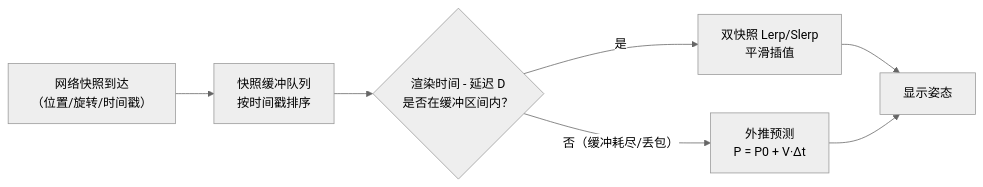
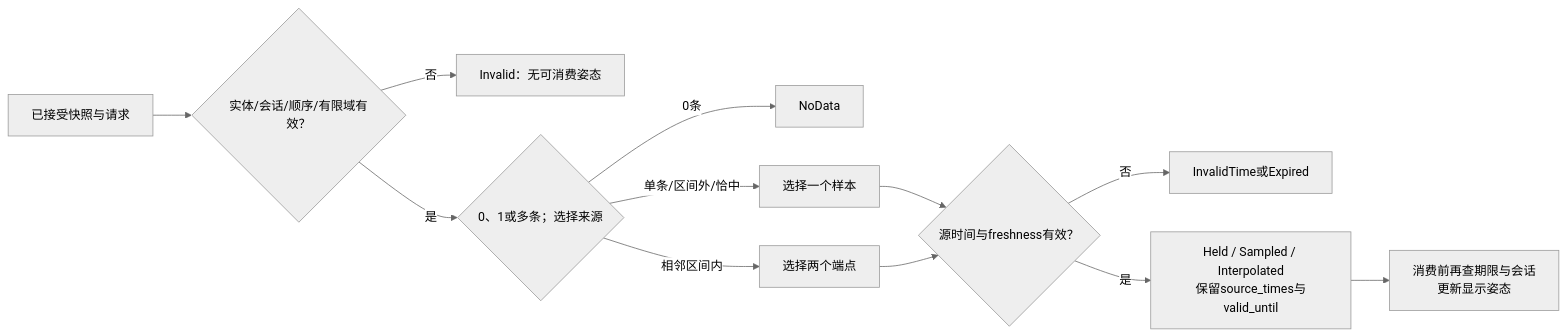
Before and after one commit to fantuan812/learning: the diagram in 知识/02-数学与游戏算法/数学与数值计算/03-插值与曲线.md, drawn with Mermaid (neutral theme). The commit also changed other lines of this file and 1 other file, not shown here.

````diff
--- a/知识/02-数学与游戏算法/数学与数值计算/03-插值与曲线.md
+++ b/知识/02-数学与游戏算法/数学与数值计算/03-插值与曲线.md
@@ -251,9 +357,14 @@
 ```mermaid
 flowchart LR
-    A["网络快照到达<br/>（位置/旋转/时间戳）"] --> B["快照缓冲队列<br/>按时间戳排序"]
-    B --> C{"渲染时间 - 延迟 D<br/>是否在缓冲区间内？"}
-    C -->|"是"| D["双快照 Lerp/Slerp<br/>平滑插值"]
-    C -->|"否（缓冲耗尽/丢包）"| E["外推预测<br/>P = P0 + V·Δt"]
-    D --> F["显示姿态"]
-    E --> F
+    A["已接受快照与请求"] --> B{"实体/会话/顺序/有限域有效？"}
+    B -->|否| X["Invalid：无可消费姿态"]
+    B -->|是| C{"0、1或多条；选择来源"}
+    C -->|0条| N["NoData"]
+    C -->|单条/区间外/恰中| S["选择一个样本"]
+    C -->|相邻区间内| P["选择两个端点"]
+    S --> F{"源时间与freshness有效？"}
+    P --> F
+    F -->|否| E["InvalidTime或Expired"]
+    F -->|是| O["Held / Sampled / Interpolated<br/>保留source_times与valid_until"]
+    O --> V["消费前再查期限与会话<br/>更新显示姿态"]
 ```
````
